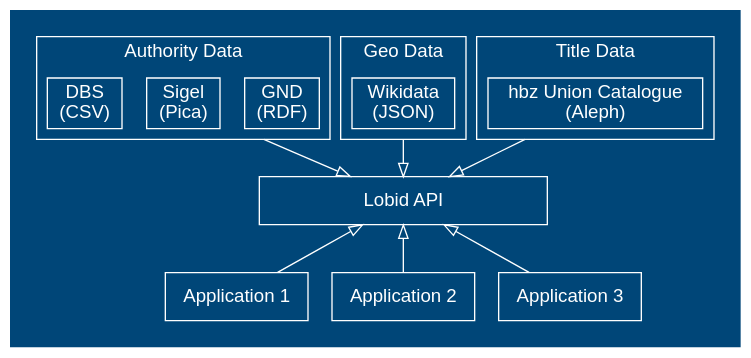
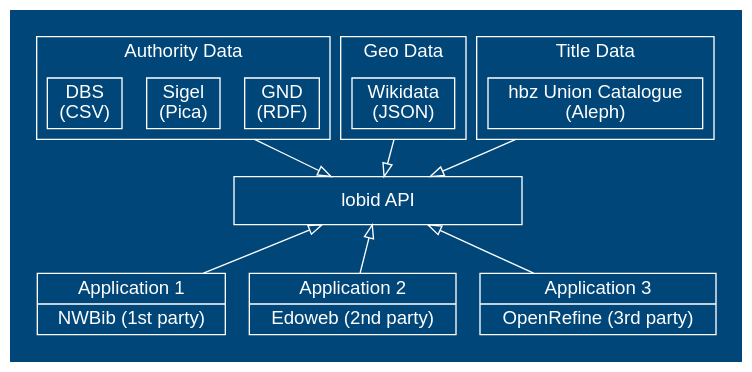
The diagram in img/data.dot (hbz/swib18-workshop), drawn with Graphviz before and after one commit. The commit also changed 5 other files, not shown here.

```diff
--- a/img/data.dot
+++ b/img/data.dot
@@ -1,59 +1,59 @@
 digraph data {
 	compound=true
 	node[shape=box color=white fontcolor=white fontname=helvetica]
 	graph [bgcolor="#004678" color=white fontcolor=white fontname=helvetica]
 	edge[color=white fontcolor=white fontname=helvetica]
 	edge[arrowhead=empty arrowtail=empty]
 	rankdir=TD
 	splines=false
 	
 	subgraph cluster_1{
 	style=invis
 	
 	/*
 	subgraph cluster_libs{
 		style=invis
 		libs [label="Libraries"]
 	}
 	*/
 	
 	subgraph cluster_title{
 		style=solid
 		label="Title Data"
 		union [label="hbz Union Catalogue\n(Aleph)"]
 	}
 	
 	subgraph cluster_geo{
 		style=solid
 		label="Geo Data"
 		wikidata[label="Wikidata\n(JSON)"]
 	}
 	
 	subgraph cluster_auth{
 		style=solid
 		label="Authority Data"
 		gnd[label="GND\n(RDF)"]
 		sigel[label="Sigel\n(Pica)"]
 		dbs[label="DBS\n(CSV)"]
 	}
 	
 	
 	
-	api[label="Lobid API" width=3]
+	api[label="lobid API" width=3]
 	
 	//libs->union[lhead=cluster_title]
 	//libs->sigel[lhead=cluster_auth]
 	
 	wikidata->api[ltail=cluster_geo]
 	sigel->api[ltail=cluster_auth]
 	union->api[ltail=cluster_title]
 	
-	app1[label="Application 1"]
-	app2[label="Application 2"]
-	app3[label="Application 3"]
+	app1[label="{Application 1|NWBib (1st party)}", shape=record]
+	app2[label="{Application 2|Edoweb (2nd party)}", shape=record]
+	app3[label="{Application 3|OpenRefine (3rd party)}", shape=record]
 	
 	api->app1[dir=back]
 	api->app2[dir=back]
 	api->app3[dir=back]
 	}
 } 
```
